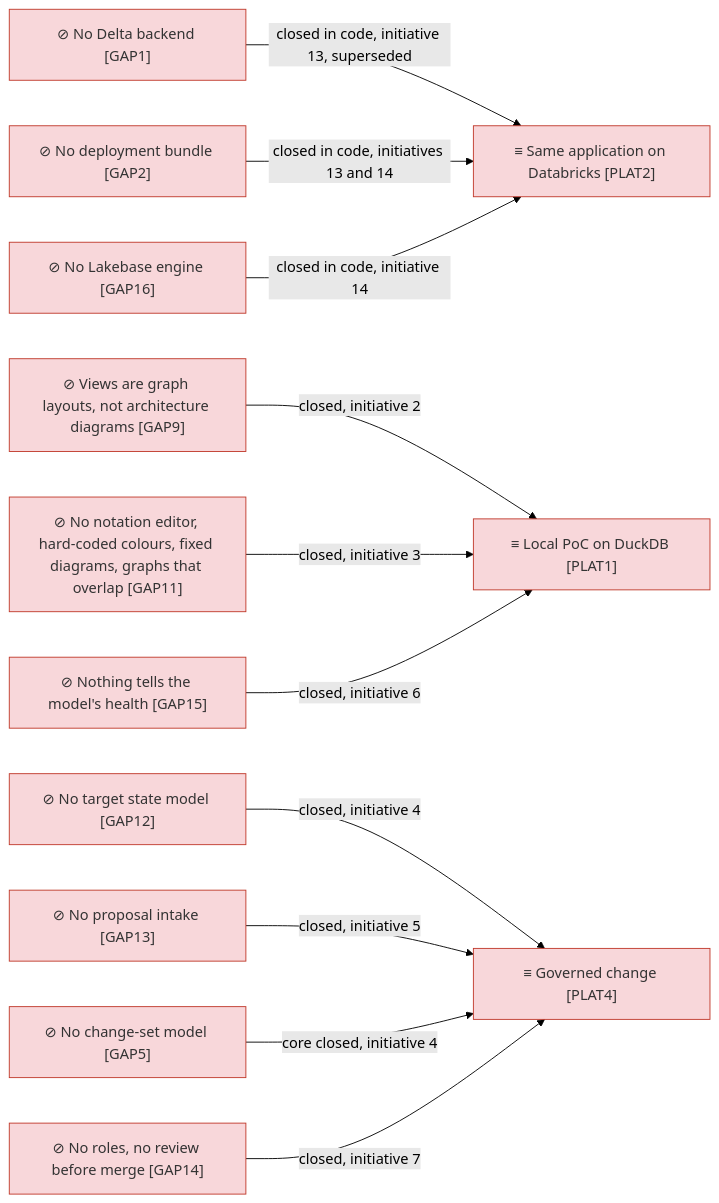
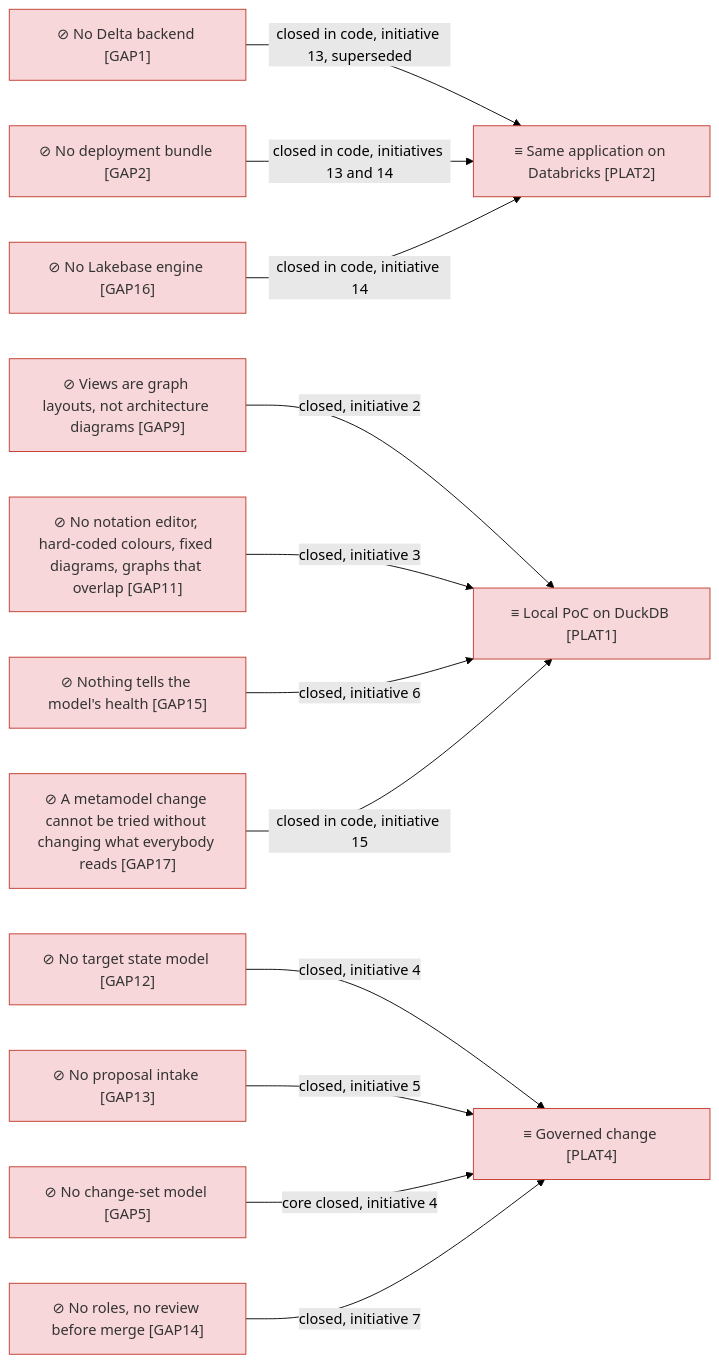
One commit to roanboc/dbx-enterprise-architecture changed the fourth of 4 diagrams in architecture/6_transition/1_target-state.md. Above: the diagram before and after it, drawn with Mermaid (forest theme). The commit also changed other lines of this file and 91 other files, not shown here.

First line of the commit message:
feat: metamodel versions and organisations (initiative 15)

````diff
--- a/architecture/6_transition/1_target-state.md
+++ b/architecture/6_transition/1_target-state.md
@@ -102,28 +103,30 @@
 ```mermaid
 flowchart LR
   p1["≡ Local PoC on DuckDB [PLAT1]"]:::implementation
   p2["≡ Same application on Databricks [PLAT2]"]:::implementation
   p4["≡ Governed change [PLAT4]"]:::implementation
   g1["⊘ No Delta backend [GAP1]"]:::implementation
   g2["⊘ No deployment bundle [GAP2]"]:::implementation
   g16["⊘ No Lakebase engine [GAP16]"]:::implementation
   g9["⊘ Views are graph layouts, not architecture diagrams [GAP9]"]:::implementation
   g11["⊘ No notation editor, hard-coded colours, fixed diagrams, graphs that overlap [GAP11]"]:::implementation
   g5["⊘ No change-set model [GAP5]"]:::implementation
   g12["⊘ No target state model [GAP12]"]:::implementation
   g13["⊘ No proposal intake [GAP13]"]:::implementation
   g14["⊘ No roles, no review before merge [GAP14]"]:::implementation
   g15["⊘ Nothing tells the model's health [GAP15]"]:::implementation
+  g17["⊘ A metamodel change cannot be tried without changing what everybody reads [GAP17]"]:::implementation
   g9 -->|closed, initiative 2| p1
   g11 -->|closed, initiative 3| p1
   g12 -->|closed, initiative 4| p4
   g13 -->|closed, initiative 5| p4
   g5 -->|core closed, initiative 4| p4
   g14 -->|closed, initiative 7| p4
   g15 -->|closed, initiative 6| p1
   g1 -->|closed in code, initiative 13, superseded| p2
   g2 -->|closed in code, initiatives 13 and 14| p2
   g16 -->|closed in code, initiative 14| p2
+  g17 -->|closed in code, initiative 15| p1
 
   classDef implementation fill:#f8d7da,stroke:#c0392b,color:#333
 ```
````
